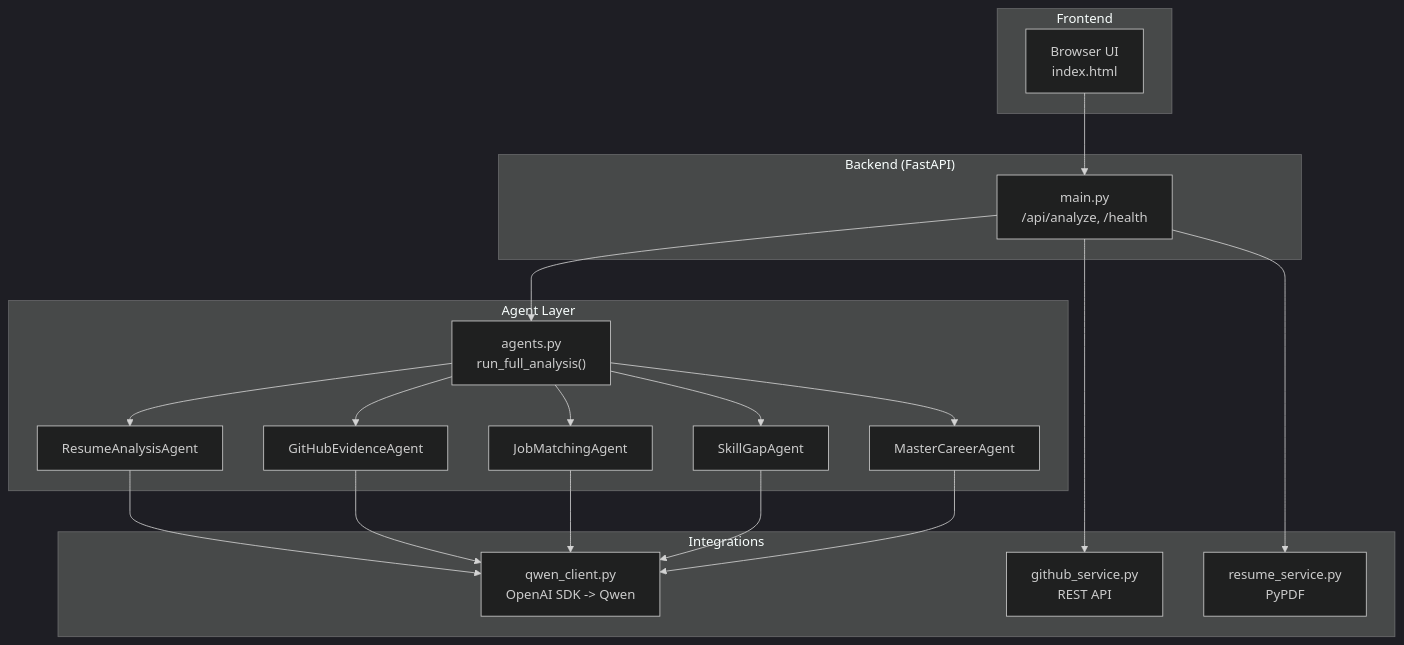
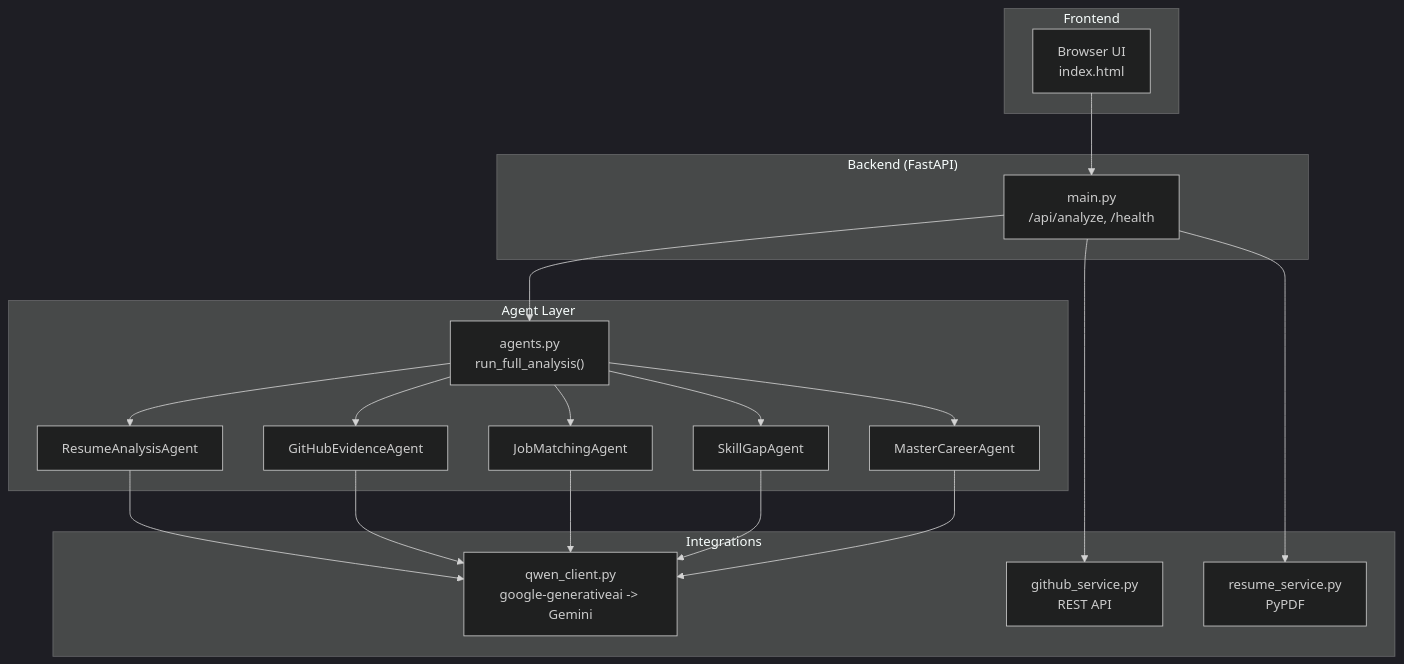
The first of 4 diagrams in .qoder/repowiki/en/content/System Architecture/System Architecture.md (waqarimran342/CareerOS-AI), drawn with Mermaid (dark theme) before and after one commit. The commit also changed other lines of this file and 32 other files, not shown here.

````diff
--- a/.qoder/repowiki/en/content/System Architecture/System Architecture.md
+++ b/.qoder/repowiki/en/content/System Architecture/System Architecture.md
@@ -42,36 +51,36 @@
 ```mermaid
 graph TB
 subgraph "Frontend"
 UI["Browser UI<br/>index.html"]
 end
 subgraph "Backend (FastAPI)"
 API["main.py<br/>/api/analyze, /health"]
 end
 subgraph "Agent Layer"
 ORCH["agents.py<br/>run_full_analysis()"]
 A1["ResumeAnalysisAgent"]
 A2["GitHubEvidenceAgent"]
 A3["JobMatchingAgent"]
 A4["SkillGapAgent"]
 A5["MasterCareerAgent"]
 end
 subgraph "Integrations"
-QWEN["qwen_client.py<br/>OpenAI SDK -> Qwen"]
+GEMINI["qwen_client.py<br/>google-generativeai -> Gemini"]
 GITHUB["github_service.py<br/>REST API"]
 PDF["resume_service.py<br/>PyPDF"]
 end
 UI --> API
 API --> ORCH
 ORCH --> A1
 ORCH --> A2
 ORCH --> A3
 ORCH --> A4
 ORCH --> A5
-A1 --> QWEN
-A2 --> QWEN
-A3 --> QWEN
-A4 --> QWEN
-A5 --> QWEN
+A1 --> GEMINI
+A2 --> GEMINI
+A3 --> GEMINI
+A4 --> GEMINI
+A5 --> GEMINI
 API --> GITHUB
 API --> PDF
 ```
````
